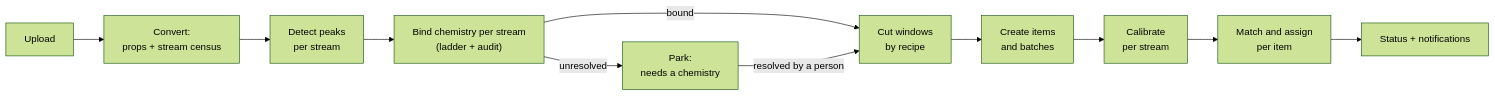
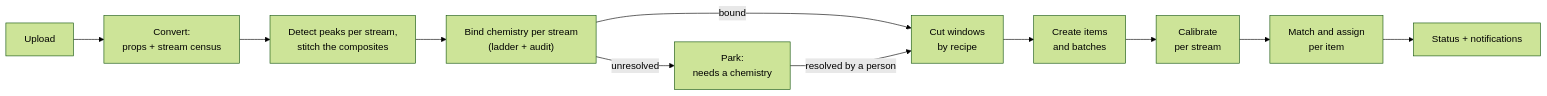
One commit to ultra-trace-systems/mascope changed the first of 2 diagrams in docs/dev/ingest_routing_and_splitting.md. Above: the diagram before and after it, drawn with Mermaid (forest theme). The commit also changed other lines of this file, not shown here.

````diff
--- a/docs/dev/ingest_routing_and_splitting.md
+++ b/docs/dev/ingest_routing_and_splitting.md
@@ -382,13 +401,13 @@
 ```mermaid
 graph LR
     U[Upload] --> C["Convert:<br/>props + stream census"]
-    C --> D[Detect peaks<br/>per stream]
+    C --> D["Detect peaks per stream,<br/>stitch the composites"]
     D --> B["Bind chemistry per stream<br/>(ladder + audit)"]
     B -->|bound| W[Cut windows<br/>by recipe]
     B -->|unresolved| P[Park:<br/>needs a chemistry]
     P -->|resolved by a person| W
     W --> I[Create items<br/>and batches]
     I --> K[Calibrate<br/>per stream]
     K --> M[Match and assign<br/>per item]
     M --> S[Status + notifications]
 ```
````
